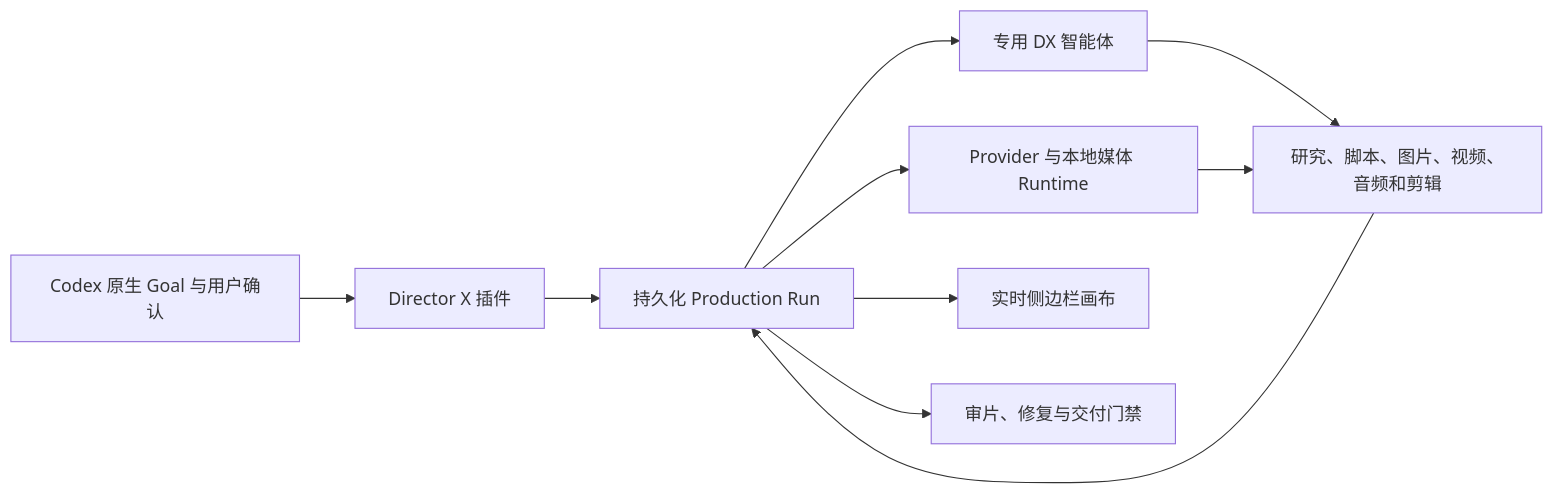
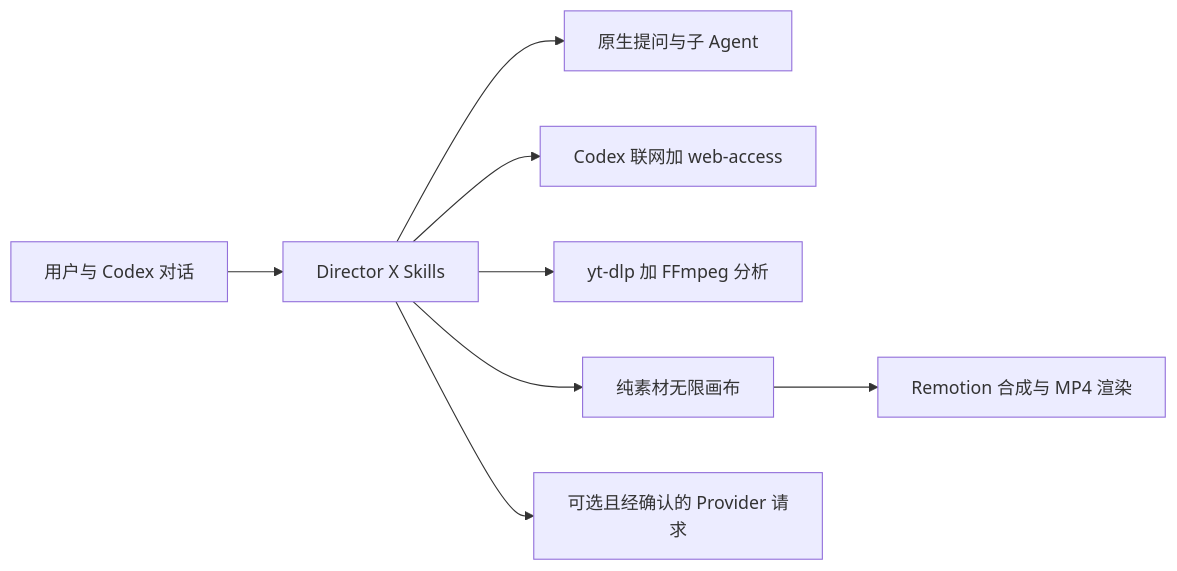
Before and after one commit to LaplaceYoung/director-x: the diagram in README.zh-CN.md, drawn with Mermaid. The commit also changed other lines of this file and 14 other files, not shown here.

````diff
--- a/README.zh-CN.md
+++ b/README.zh-CN.md
@@ -238,12 +211,10 @@
 ```mermaid
 flowchart LR
-    C["Codex 原生 Goal 与用户确认"] --> P["Director X 插件"]
-    P --> R["持久化 Production Run"]
-    R --> A["专用 DX 智能体"]
-    R --> M["Provider 与本地媒体 Runtime"]
-    A --> F["研究、脚本、图片、视频、音频和剪辑"]
-    M --> F
-    F --> R
-    R --> V["实时侧边栏画布"]
-    R --> Q["审片、修复与交付门禁"]
+    U["用户与 Codex 对话"] --> S["Director X Skills"]
+    S --> Q["原生提问与子 Agent"]
+    S --> W["Codex 联网加 web-access"]
+    S --> M["yt-dlp 加 FFmpeg 分析"]
+    S --> C["纯素材无限画布"]
+    C --> R["Remotion 合成与 MP4 渲染"]
+    S --> P["可选且经确认的 Provider 请求"]
 ```
````
